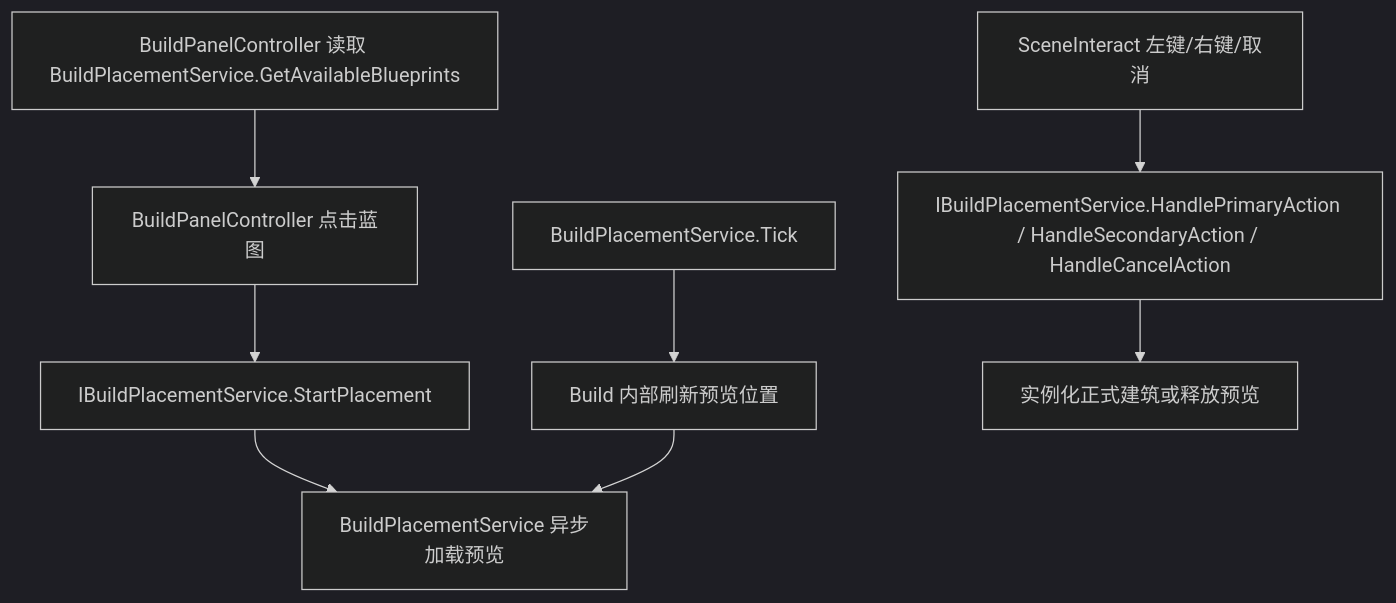
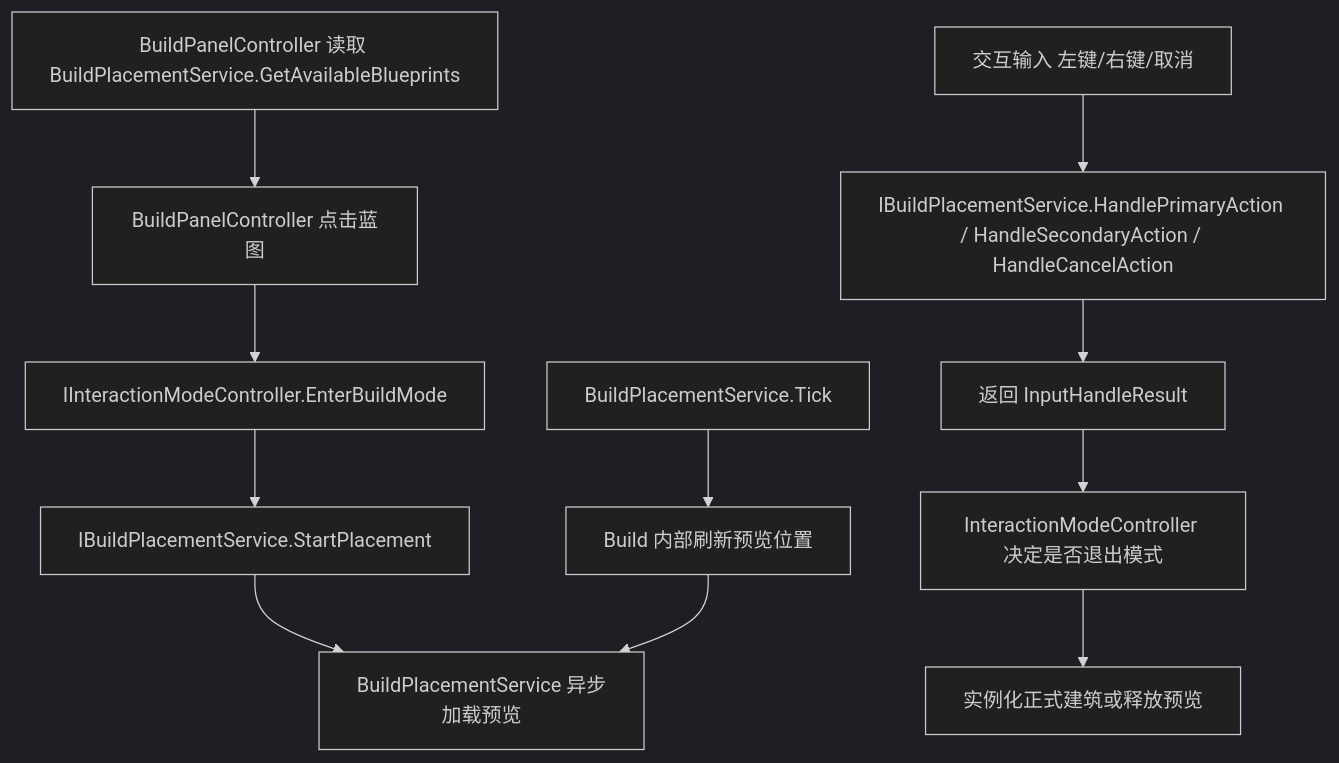
One commit to PatrickTwo/GameDesign4.0 changed the diagram in Assets/Scripts/Build/README.md. Above: the diagram before and after it, drawn with Mermaid (dark theme). The commit also changed other lines of this file and 95 other files, not shown here.

````diff
--- a/Assets/Scripts/Build/README.md
+++ b/Assets/Scripts/Build/README.md
@@ -45,10 +45,13 @@
 ```mermaid
 flowchart TD
     A["BuildPanelController 读取 BuildPlacementService.GetAvailableBlueprints"] --> B["BuildPanelController 点击蓝图"]
-    B --> C["IBuildPlacementService.StartPlacement"]
+    B --> B1["IInteractionModeController.EnterBuildMode"]
+    B1 --> C["IBuildPlacementService.StartPlacement"]
     C --> D["BuildPlacementService 异步加载预览"]
     E["BuildPlacementService.Tick"] --> F["Build 内部刷新预览位置"]
     F --> D
-    G["SceneInteract 左键/右键/取消"] --> H["IBuildPlacementService.HandlePrimaryAction / HandleSecondaryAction / HandleCancelAction"]
-    H --> I["实例化正式建筑或释放预览"]
+    G["交互输入 左键/右键/取消"] --> H["IBuildPlacementService.HandlePrimaryAction / HandleSecondaryAction / HandleCancelAction"]
+    H --> H1["返回 InputHandleResult"]
+    H1 --> I["InteractionModeController 决定是否退出模式"]
+    I --> J["实例化正式建筑或释放预览"]
 ```
````
